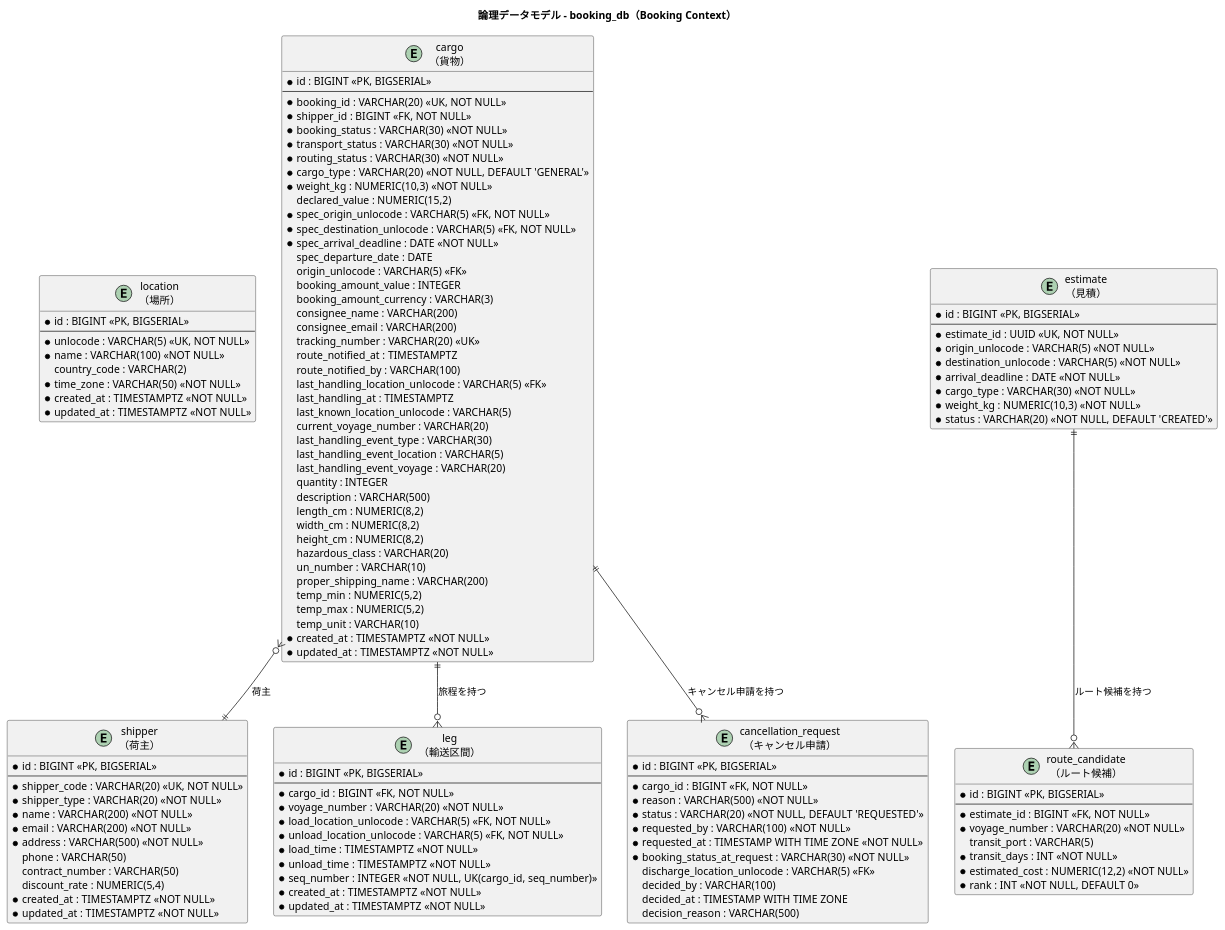
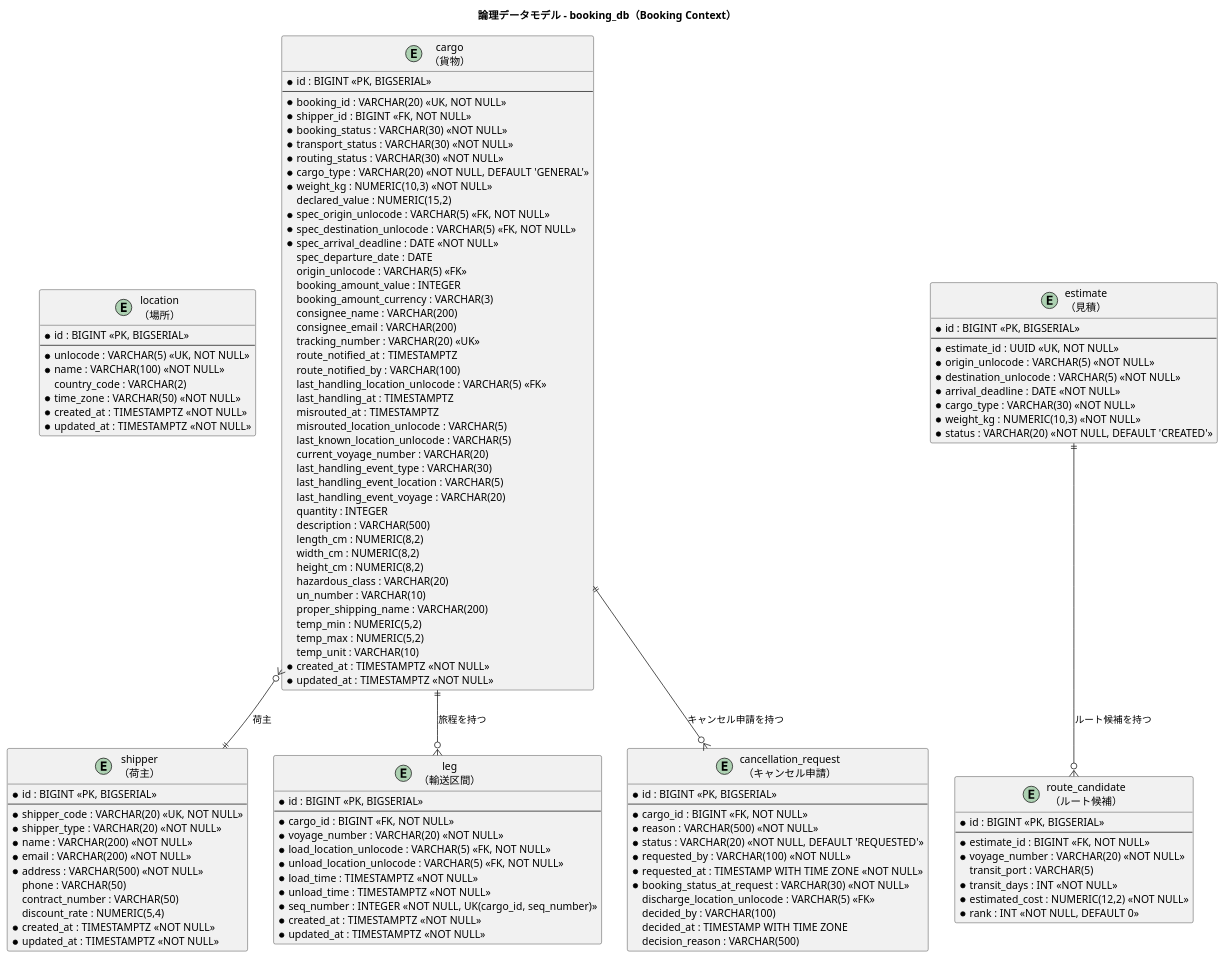
The third of 7 diagrams in docs/design/data-model.md (k2works/case-study-cargo-tracker), drawn with PlantUML before and after one commit. The commit also changed 12 other files, not shown here.

```diff
--- a/docs/design/data-model.md
+++ b/docs/design/data-model.md
@@ -435,6 +435,8 @@
   route_notified_by : VARCHAR(100)
   last_handling_location_unlocode : VARCHAR(5) <<FK>>
   last_handling_at : TIMESTAMPTZ
+  misrouted_at : TIMESTAMPTZ
+  misrouted_location_unlocode : VARCHAR(5)
   last_known_location_unlocode : VARCHAR(5)
   current_voyage_number : VARCHAR(20)
   last_handling_event_type : VARCHAR(30)
```
